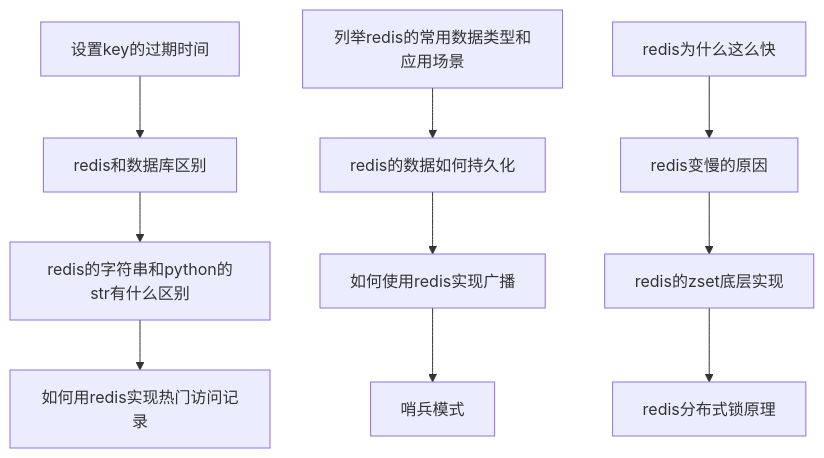
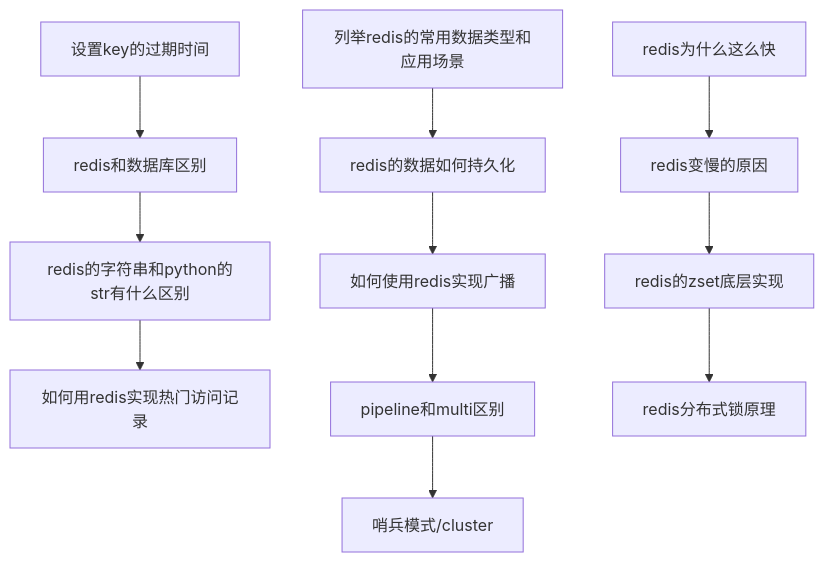
One commit to Roxas/article changed the fifth of 15 diagrams in interview_flow.md. Above: the diagram before and after it, drawn with Mermaid.

Commit message:
add pipline & multi question

````diff
--- a/interview_flow.md
+++ b/interview_flow.md
@@ -77,6 +77,6 @@
 ```mermaid
 graph TB
     a[设置key的过期时间] --> d[redis和数据库区别] --> g[redis的字符串和python的str有什么区别] --> j[如何用redis实现热门访问记录]
-    b[列举redis的常用数据类型和应用场景] --> e[redis的数据如何持久化] --> h[如何使用redis实现广播] --> k[哨兵模式]
+    b[列举redis的常用数据类型和应用场景] --> e[redis的数据如何持久化] --> h[如何使用redis实现广播] --> k[pipeline和multi区别] --> m[哨兵模式/cluster]
     c[redis为什么这么快] --> f[redis变慢的原因] --> i[redis的zset底层实现] --> l[redis分布式锁原理]
 ```
````
